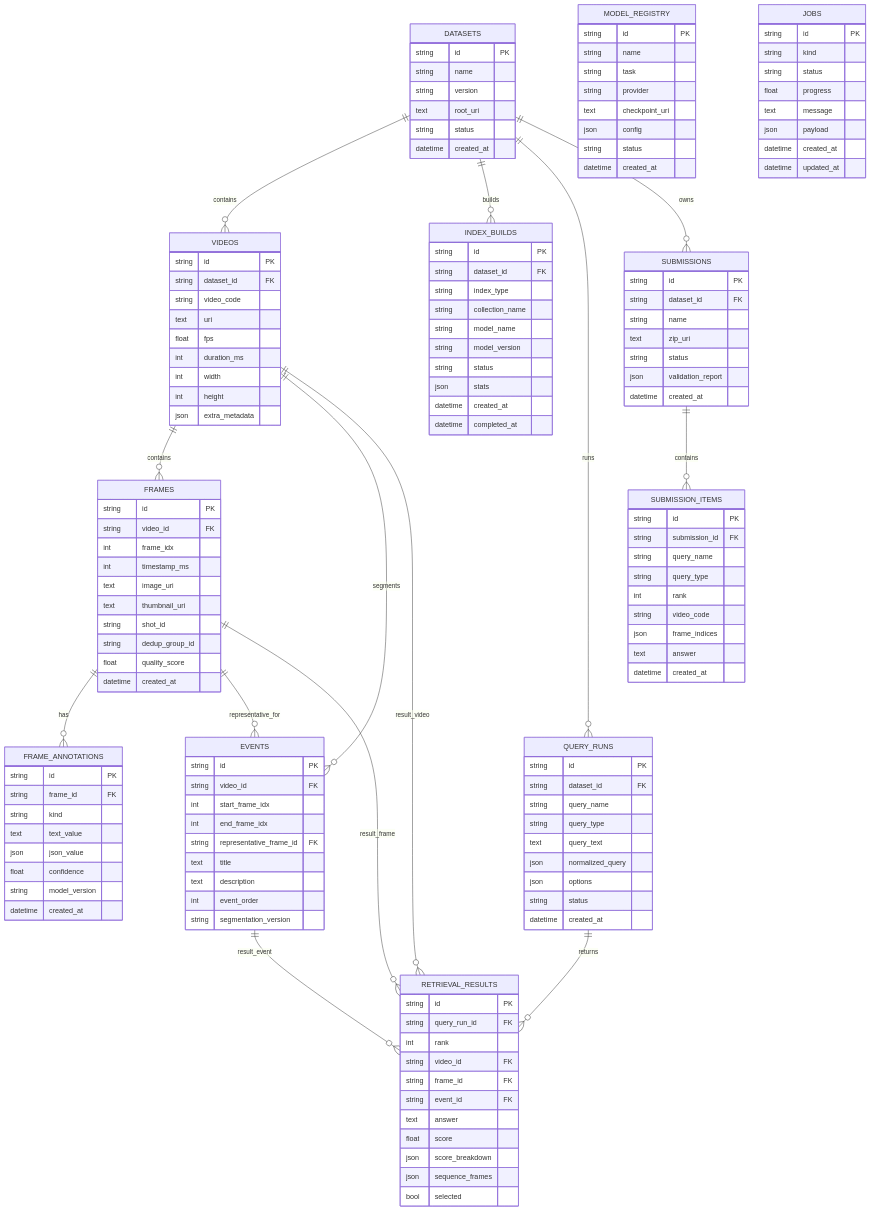
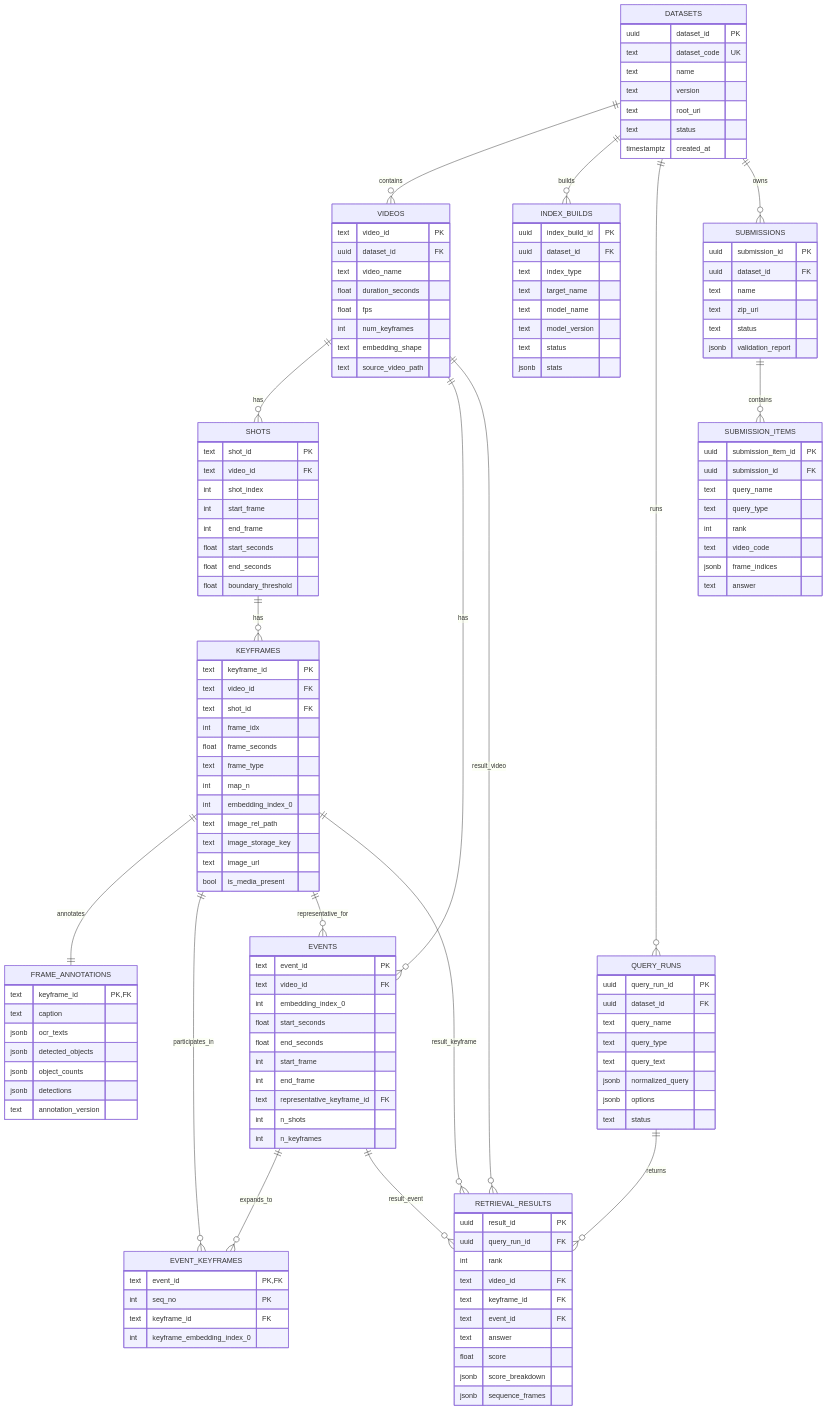
Before and after one commit to zintomvn/Multimodal-Retrieval: the diagram in docs/database_erd.md, drawn with Mermaid. The commit also changed other lines of this file and 4 other files, not shown here.

Commit message:
docs(db): add database schema mapping and implementation specs

````diff
--- a/docs/database_erd.md
+++ b/docs/database_erd.md
@@ -7,158 +13,154 @@
 ```mermaid
 erDiagram
     DATASETS ||--o{ VIDEOS : contains
-    VIDEOS ||--o{ FRAMES : contains
-    VIDEOS ||--o{ EVENTS : segments
-    FRAMES ||--o{ FRAME_ANNOTATIONS : has
-    FRAMES ||--o{ EVENTS : representative_for
+    VIDEOS ||--o{ SHOTS : has
+    SHOTS ||--o{ KEYFRAMES : has
+    KEYFRAMES ||--|| FRAME_ANNOTATIONS : annotates
+
+    VIDEOS ||--o{ EVENTS : has
+    EVENTS ||--o{ EVENT_KEYFRAMES : expands_to
+    KEYFRAMES ||--o{ EVENT_KEYFRAMES : participates_in
+    KEYFRAMES ||--o{ EVENTS : representative_for
 
     DATASETS ||--o{ INDEX_BUILDS : builds
     DATASETS ||--o{ QUERY_RUNS : runs
     QUERY_RUNS ||--o{ RETRIEVAL_RESULTS : returns
     VIDEOS ||--o{ RETRIEVAL_RESULTS : result_video
-    FRAMES ||--o{ RETRIEVAL_RESULTS : result_frame
+    KEYFRAMES ||--o{ RETRIEVAL_RESULTS : result_keyframe
     EVENTS ||--o{ RETRIEVAL_RESULTS : result_event
 
     DATASETS ||--o{ SUBMISSIONS : owns
     SUBMISSIONS ||--o{ SUBMISSION_ITEMS : contains
 
     DATASETS {
-        string id PK
-        string name
-        string version
+        uuid dataset_id PK
+        text dataset_code UK
+        text name
+        text version
         text root_uri
-        string status
-        datetime created_at
+        text status
+        timestamptz created_at
     }
 
     VIDEOS {
-        string id PK
-        string dataset_id FK
-        string video_code
-        text uri
+        text video_id PK
+        uuid dataset_id FK
+        text video_name
+        float duration_seconds
         float fps
-        int duration_ms
-        int width
-        int height
-        json extra_metadata
+        int num_keyframes
+        text embedding_shape
+        text source_video_path
     }
 
-    FRAMES {
-        string id PK
-        string video_id FK
+    SHOTS {
+        text shot_id PK
+        text video_id FK
+        int shot_index
+        int start_frame
+        int end_frame
+        float start_seconds
+        float end_seconds
+        float boundary_threshold
+    }
+
+    KEYFRAMES {
+        text keyframe_id PK
+        text video_id FK
+        text shot_id FK
         int frame_idx
-        int timestamp_ms
-        text image_uri
-        text thumbnail_uri
-        string shot_id
-        string dedup_group_id
-        float quality_score
-        datetime created_at
+        float frame_seconds
+        text frame_type
+        int map_n
+        int embedding_index_0
+        text image_rel_path
+        text image_storage_key
+        text image_url
+        bool is_media_present
+    }
+
+    FRAME_ANNOTATIONS {
+        text keyframe_id PK,FK
+        text caption
+        jsonb ocr_texts
+        jsonb detected_objects
+        jsonb object_counts
+        jsonb detections
+        text annotation_version
     }
 
     EVENTS {
-        string id PK
-        string video_id FK
-        int start_frame_idx
-        int end_frame_idx
-        string representative_frame_id FK
-        text title
-        text description
-        int event_order
-        string segmentation_version
+        text event_id PK
+        text video_id FK
+        int embedding_index_0
+        float start_seconds
+        float end_seconds
+        int start_frame
+        int end_frame
+        text representative_keyframe_id FK
+        int n_shots
+        int n_keyframes
     }
 
-    FRAME_ANNOTATIONS {
-        string id PK
-        string frame_id FK
-        string kind
-        text text_value
-        json json_value
-        float confidence
-        string model_version
-        datetime created_at
-    }
-
-    MODEL_REGISTRY {
-        string id PK
-        string name
-        string task
-        string provider
-        text checkpoint_uri
-        json config
-        string status
-        datetime created_at
+    EVENT_KEYFRAMES {
+        text event_id PK,FK
+        int seq_no PK
+        text keyframe_id FK
+        int keyframe_embedding_index_0
     }
 
     INDEX_BUILDS {
-        string id PK
-        string dataset_id FK
-        string index_type
-        string collection_name
-        string model_name
-        string model_version
-        string status
-        json stats
-        datetime created_at
-        datetime completed_at
+        uuid index_build_id PK
+        uuid dataset_id FK
+        text index_type
+        text target_name
+        text model_name
+        text model_version
+        text status
+        jsonb stats
     }
 
     QUERY_RUNS {
-        string id PK
-        string dataset_id FK
-        string query_name
-        string query_type
+        uuid query_run_id PK
+        uuid dataset_id FK
+        text query_name
+        text query_type
         text query_text
-        json normalized_query
-        json options
-        string status
-        datetime created_at
+        jsonb normalized_query
+        jsonb options
+        text status
     }
 
     RETRIEVAL_RESULTS {
-        string id PK
-        string query_run_id FK
+        uuid result_id PK
+        uuid query_run_id FK
         int rank
-        string video_id FK
-        string frame_id FK
-        string event_id FK
+        text video_id FK
+        text keyframe_id FK
+        text event_id FK
         text answer
         float score
-        json score_breakdown
-        json sequence_frames
-        bool selected
+        jsonb score_breakdown
+        jsonb sequence_frames
     }
 
     SUBMISSIONS {
-        string id PK
-        string dataset_id FK
-        string name
+        uuid submission_id PK
+        uuid dataset_id FK
+        text name
         text zip_uri
-        string status
-        json validation_report
-        datetime created_at
+        text status
+        jsonb validation_report
     }
 
     SUBMISSION_ITEMS {
-        string id PK
-        string submission_id FK
-        string query_name
-        string query_type
+        uuid submission_item_id PK
+        uuid submission_id FK
+        text query_name
+        text query_type
         int rank
-        string video_code
-        json frame_indices
+        text video_code
+        jsonb frame_indices
         text answer
-        datetime created_at
-    }
-
-    JOBS {
-        string id PK
-        string kind
-        string status
-        float progress
-        text message
-        json payload
-        datetime created_at
-        datetime updated_at
     }
 ```
````
